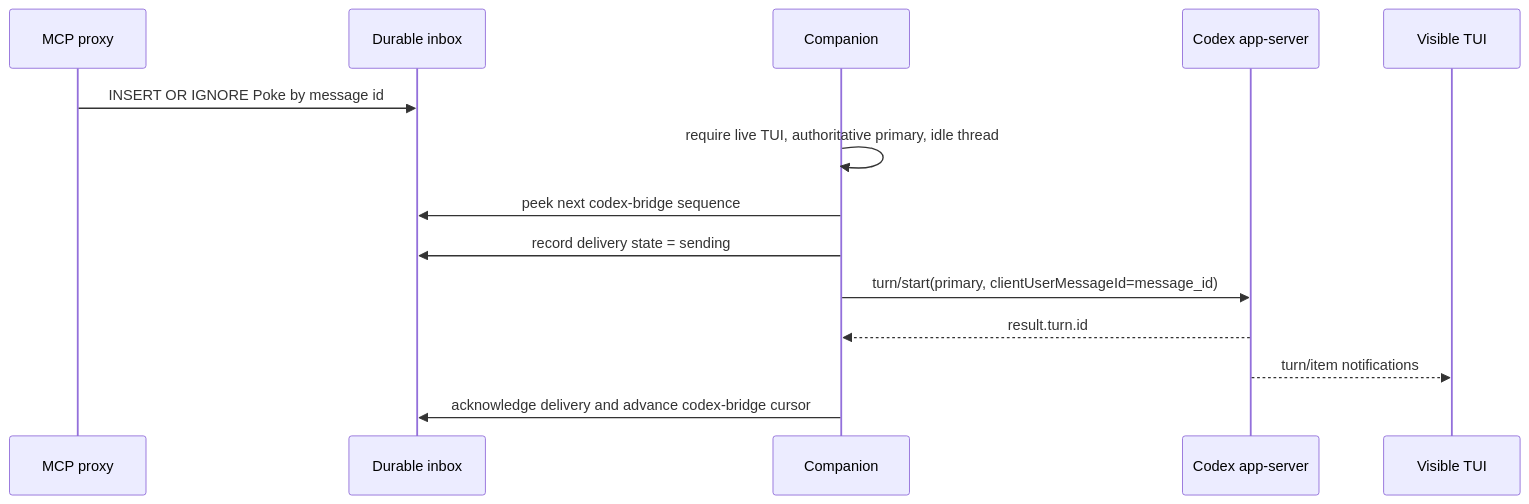
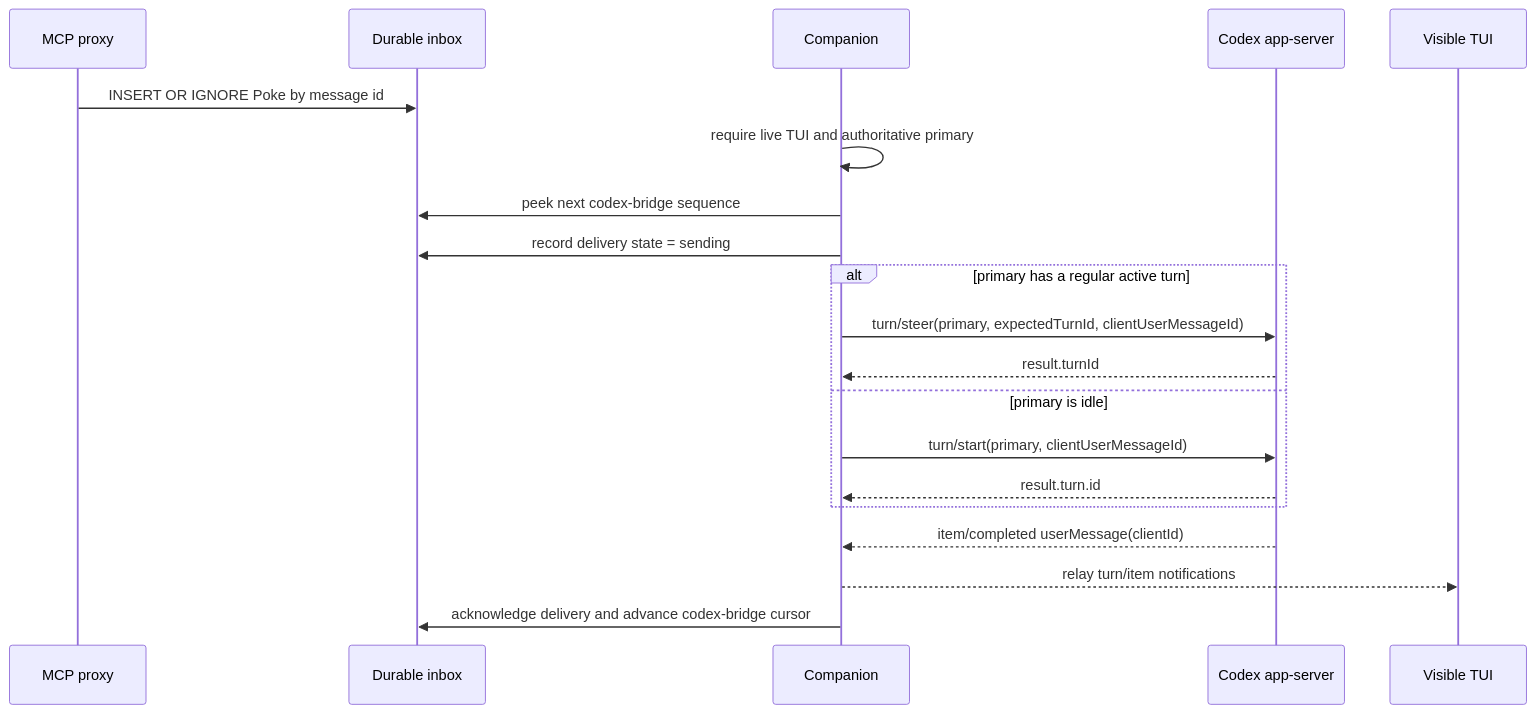
Before and after one commit to Uclusion/uclusion_web_ui: the third of 3 diagrams in public/scripts/UCLUSION_CODEX_BRIDGE.md, drawn with Mermaid. The commit also changed other lines of this file and 6 other files, not shown here.

````diff
--- a/public/scripts/UCLUSION_CODEX_BRIDGE.md
+++ b/public/scripts/UCLUSION_CODEX_BRIDGE.md
@@ -207,17 +212,23 @@
 ```mermaid
 sequenceDiagram
     participant P as MCP proxy
     participant Q as Durable inbox
     participant C as Companion
     participant A as Codex app-server
     participant T as Visible TUI
 
     P->>Q: INSERT OR IGNORE Poke by message id
-    C->>C: require live TUI, authoritative primary, idle thread
+    C->>C: require live TUI and authoritative primary
     C->>Q: peek next codex-bridge sequence
     C->>Q: record delivery state = sending
-    C->>A: turn/start(primary, clientUserMessageId=message_id)
-    A-->>C: result.turn.id
-    A-->>T: turn/item notifications
+    alt primary has a regular active turn
+        C->>A: turn/steer(primary, expectedTurnId, clientUserMessageId)
+        A-->>C: result.turnId
+    else primary is idle
+        C->>A: turn/start(primary, clientUserMessageId)
+        A-->>C: result.turn.id
+    end
+    A-->>C: item/completed userMessage(clientId)
+    C-->>T: relay turn/item notifications
     C->>Q: acknowledge delivery and advance codex-bridge cursor
 ```
````
